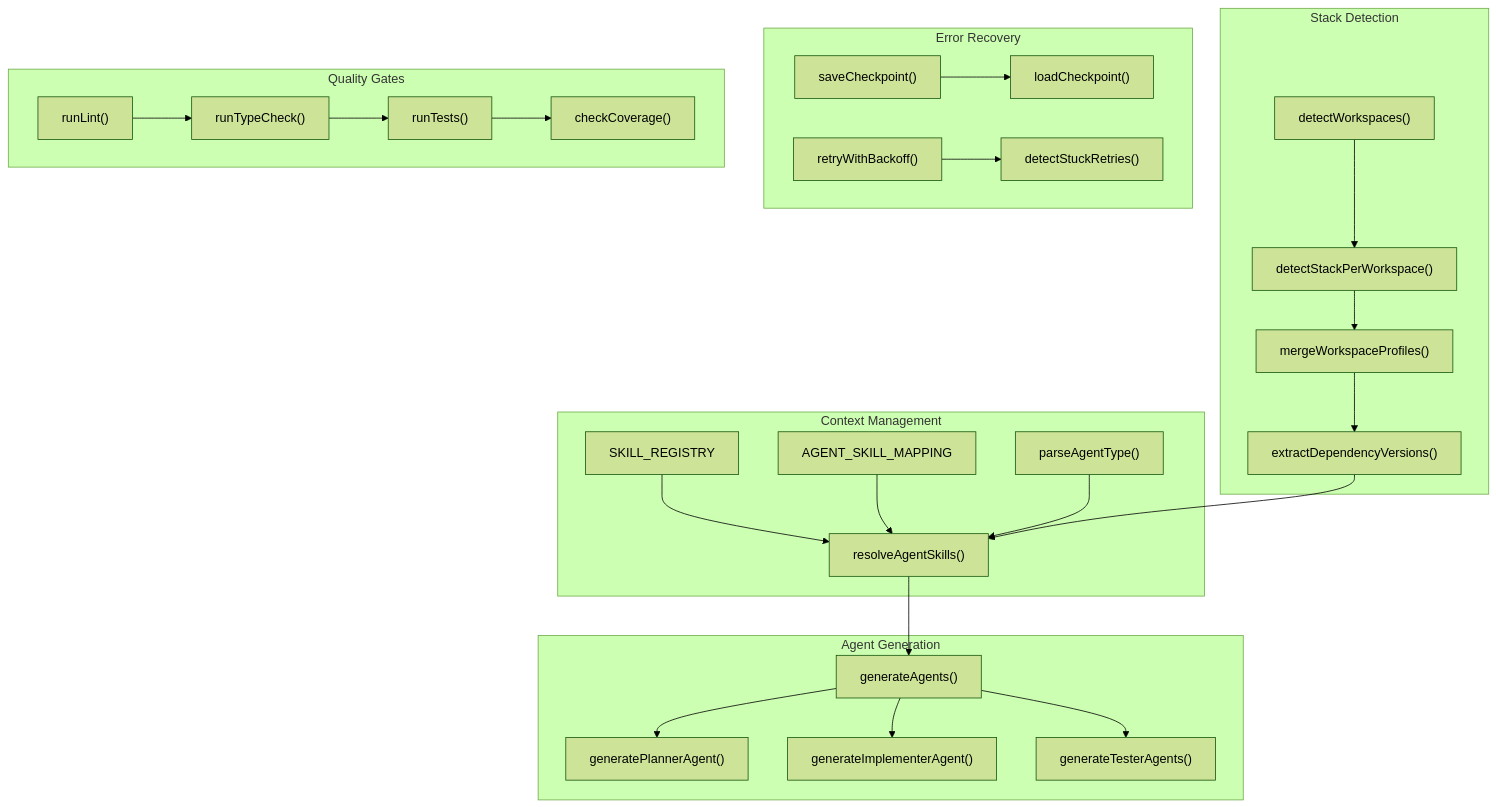
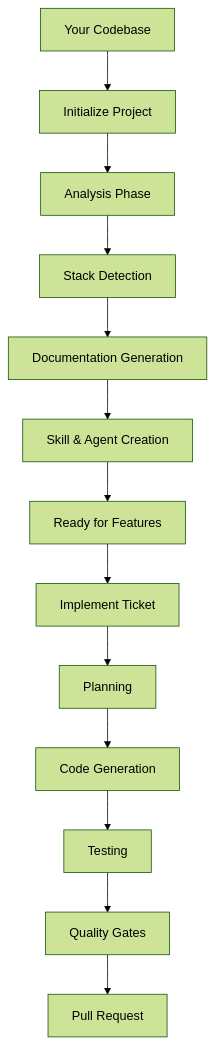
Before and after one commit to sosagraviel/hincha-cup: the first of 8 diagrams in docs/ARCHITECTURE.md, drawn with Mermaid (forest theme). The commit also changed other lines of this file and 14 other files, not shown here.

````diff
--- a/docs/ARCHITECTURE.md
+++ b/docs/ARCHITECTURE.md
@@ -1304,54 +24,16 @@
 ```mermaid
 graph TB
-    subgraph "Stack Detection"
-        A["detectWorkspaces()"]
-        B["detectStackPerWorkspace()"]
-        C["mergeWorkspaceProfiles()"]
-        D["extractDependencyVersions()"]
-        A --> B
-        B --> C
-        C --> D
-    end
+    A[Your Codebase] --> B[Initialize Project]
+    B --> C[Analysis Phase]
+    C --> D[Stack Detection]
+    D --> E[Documentation Generation]
+    E --> F[Skill & Agent Creation]
+    F --> G[Ready for Features]
 
-    subgraph "Context Management"
-        CM1["SKILL_REGISTRY"]
-        CM2["AGENT_SKILL_MAPPING"]
-        CM3["resolveAgentSkills()"]
-        CM4["parseAgentType()"]
-        CM1 --> CM3
-        CM2 --> CM3
-        CM4 --> CM3
-    end
-
-    subgraph "Agent Generation"
-        AG1["generateAgents()"]
-        AG2["generatePlannerAgent()"]
-        AG3["generateImplementerAgent()"]
-        AG4["generateTesterAgents()"]
-        AG1 --> AG2
-        AG1 --> AG3
-        AG1 --> AG4
-    end
-
-    subgraph "Error Recovery"
-        E["saveCheckpoint()"]
-        F["loadCheckpoint()"]
-        G["retryWithBackoff()"]
-        H["detectStuckRetries()"]
-        E --> F
-        G --> H
-    end
-
-    subgraph "Quality Gates"
-        I["runLint()"]
-        J["runTypeCheck()"]
-        K["runTests()"]
-        L["checkCoverage()"]
-        I --> J
-        J --> K
-        K --> L
-    end
-
-    D --> CM3
-    CM3 --> AG1
+    G --> H[Implement Ticket]
+    H --> I[Planning]
+    I --> J[Code Generation]
+    J --> K[Testing]
+    K --> L[Quality Gates]
+    L --> M[Pull Request]
 ```
````
